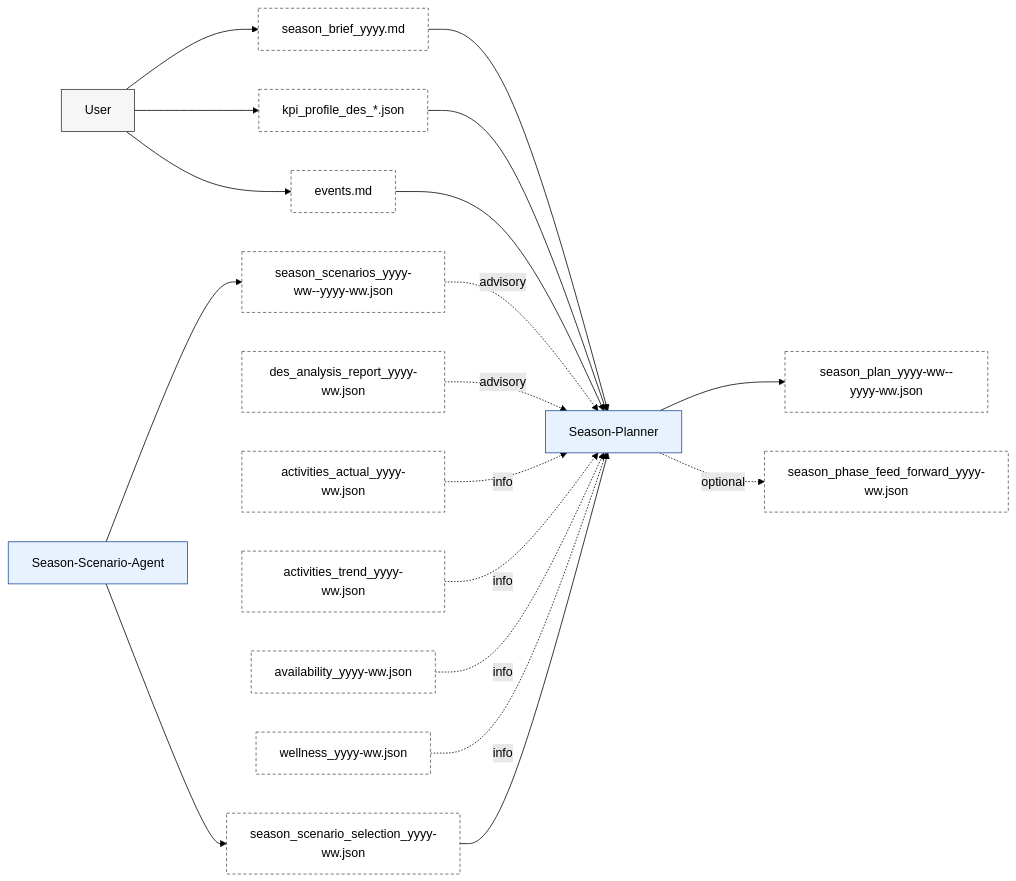
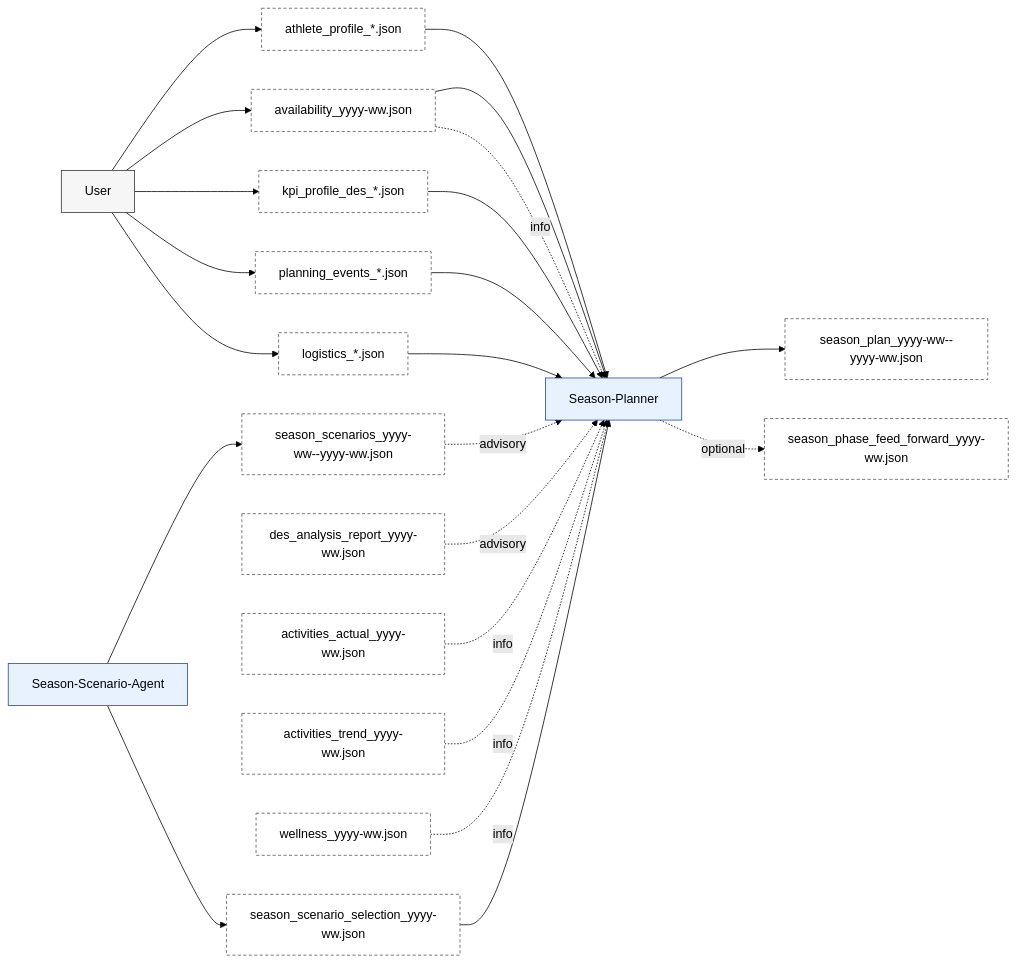
One commit to albauer-priv/RPS changed the third of 8 diagrams in doc/overview/artefact_flow.md. Above: the diagram before and after it, drawn with Mermaid (forest theme). The commit also changed other lines of this file and 78 other files, not shown here.

````diff
--- a/doc/overview/artefact_flow.md
+++ b/doc/overview/artefact_flow.md
@@ -175,23 +186,25 @@
 ```mermaid
 flowchart LR
-  U[User]:::actor --> SB[season_brief_yyyy.md]:::artefact --> MA[Season-Planner]:::agent
+  U[User]:::actor --> AP[athlete_profile_*.json]:::artefact --> MA[Season-Planner]:::agent
+  U --> AV[availability_*.json]:::artefact --> MA
   U --> KP[kpi_profile_des_*.json]:::artefact --> MA
-  U --> EV[events.md]:::artefact --> MA
+  U --> PE[planning_events_*.json]:::artefact --> MA
+  U --> LG[logistics_*.json]:::artefact --> MA
   SC[season_scenarios_yyyy-ww--yyyy-ww.json]:::artefact -. advisory .-> MA
   DR[des_analysis_report_yyyy-ww.json]:::artefact -. advisory .-> MA
   AA[activities_actual_yyyy-ww.json]:::artefact -. info .-> MA
   AT[activities_trend_yyyy-ww.json]:::artefact -. info .-> MA
   AV[availability_yyyy-ww.json]:::artefact -. info .-> MA
   WL[wellness_yyyy-ww.json]:::artefact -. info .-> MA
 
   SS[Season-Scenario-Agent]:::agent --> SC
   SS --> SEL[season_scenario_selection_yyyy-ww.json]:::artefact --> MA
 
   MA --> MO[season_plan_yyyy-ww--yyyy-ww.json]:::artefact
   MA -. optional .-> SPFF[season_phase_feed_forward_yyyy-ww.json]:::artefact
 
   classDef actor fill:#f6f6f6,stroke:#333,stroke-width:1px;
   classDef agent fill:#e8f2ff,stroke:#1f4b99,stroke-width:1px;
   classDef artefact fill:#ffffff,stroke:#555,stroke-dasharray: 4 3,stroke-width:1px;
   classDef component fill:#eef8ee,stroke:#2f6b2f,stroke-width:1px;
 ```
````
